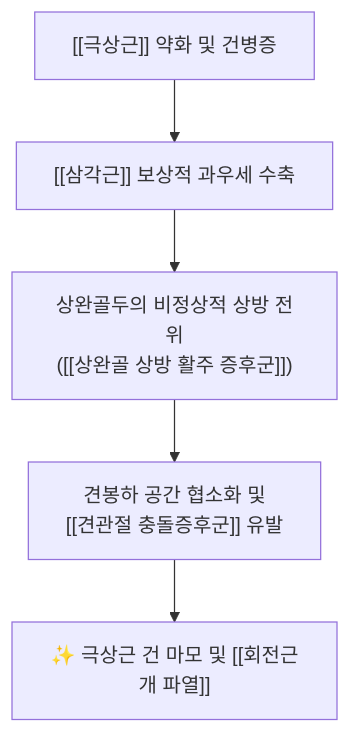
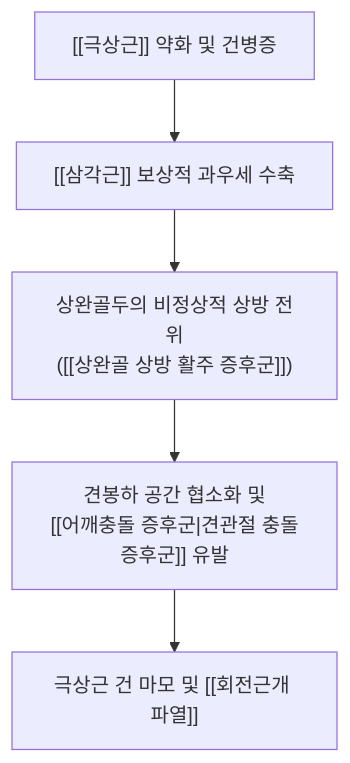
The second of 3 diagrams in content/1. 근골격계 공부/근육/(4) 어깨/극상근.md (simbio11/simbio-digital-garden2), drawn with Mermaid before and after one commit. The commit also changed other lines of this file and 150 other files, not shown here.

````diff
--- a/content/1. 근골격계 공부/근육/(4) 어깨/극상근.md
+++ b/content/1. 근골격계 공부/근육/(4) 어깨/극상근.md
@@ -58,9 +69,7 @@
 ```mermaid
 graph TD
     SupraspinWeak["[[극상근]] 약화 및 건병증"] --> DeltoidDominance["[[삼각근]] 보상적 과우세 수축"]
-    DeltoidDominance --> SuperiorGlide["상완골두의 비정상적 상방 전위
-([[상완골 상방 활주 증후군]])"]
-    SuperiorGlide --> SubacromialImp["견봉하 공간 협소화 및
-[[견관절 충돌증후군]] 유발"]
-    SubacromialImp --> RotatorTear["✨ 극상근 건 마모 및 [[회전근개 파열]]"]
+    DeltoidDominance --> SuperiorGlide["상완골두의 비정상적 상방 전위<br>([[상완골 상방 활주 증후군]])"]
+    SuperiorGlide --> SubacromialImp["견봉하 공간 협소화 및<br>[[어깨충돌 증후군|견관절 충돌증후군]] 유발"]
+    SubacromialImp --> RotatorTear["극상근 건 마모 및 [[회전근개 파열]]"]
 ```
````
